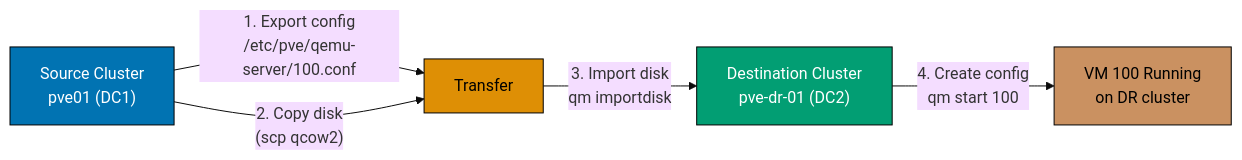
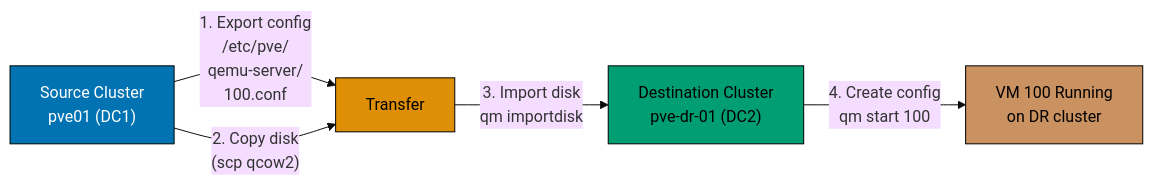
Before and after one commit to wahidyankf/ose-public: the third of 12 diagrams in apps/ayokoding-www/content/en/learn/legacy/software-engineering/infrastructure/tools/proxmox/by-example/advanced.md, drawn with Mermaid (base theme). The commit also changed other lines of this file and 131 other files, not shown here.

First line of the commit message:
fix(mermaid): bring the legacy data, infrastructure, and testing diagrams onto the accessible palette

````diff
--- a/apps/ayokoding-www/content/en/learn/legacy/software-engineering/infrastructure/tools/proxmox/by-example/advanced.md
+++ b/apps/ayokoding-www/content/en/learn/legacy/software-engineering/infrastructure/tools/proxmox/by-example/advanced.md
@@ -241,13 +257,20 @@
 ```mermaid
 %% Color Palette: Blue #0173B2, Orange #DE8F05, Teal #029E73, Purple #CC78BC, Brown #CA9161
 graph LR
-    A["Source Cluster<br/>pve01 (DC1)"] -->|"1. Export config<br/>/etc/pve/qemu-server/100.conf"| B["Transfer"]
+    accTitle: Example 62: Set Up Cross-Cluster VM Migration
+    accDescr: Graph with 4 nodes and 4 connections. Nodes: Source Cluster pve01 (DC1), Transfer, Destination Cluster pve-dr-01 (DC2), VM 100 Running on DR cluster. Connections: Source Cluster pve01 (DC1) to Transfer (1. Export config /etc/pve/ qemu-server/ 100.conf), Source Cluster pve01 (DC1) to Transfer (2. Copy disk (scp qcow2)), Transfer to Destination Cluster pve-dr-01 (DC2) (3. Import disk qm importdisk), Destination Cluster pve-dr-01 (DC2) to VM 100 Running on DR cluster (4. Create config qm start 100).
+    A["Source Cluster<br/>pve01 (DC1)"] -->|"1. Export config<br/>/etc/pve/<br/>qemu-server/<br/>100.conf"| B["Transfer"]
     A -->|"2. Copy disk<br/>(scp qcow2)"| B
     B -->|"3. Import disk<br/>qm importdisk"| C["Destination Cluster<br/>pve-dr-01 (DC2)"]
     C -->|"4. Create config<br/>qm start 100"| D["VM 100 Running<br/>on DR cluster"]
 
-    style A fill:#0173B2,color:#fff,stroke:#000
-    style B fill:#DE8F05,color:#000,stroke:#000
-    style C fill:#029E73,color:#fff,stroke:#000
-    style D fill:#CA9161,color:#000,stroke:#000
+    classDef pal-0173B2 fill:#0173B2,stroke:#000000,color:#FFFFFF
+    class A pal-0173B2
+    classDef pal-DE8F05 fill:#DE8F05,stroke:#000000,color:#000000
+    class B pal-DE8F05
+    classDef pal-029E73 fill:#029E73,stroke:#000000,color:#000000
+    class C pal-029E73
+    classDef pal-CA9161 fill:#CA9161,stroke:#000000,color:#000000
+    class D pal-CA9161
+    classDef default fill:#FFFFFF,stroke:#000000,color:#000000
 ```
````
